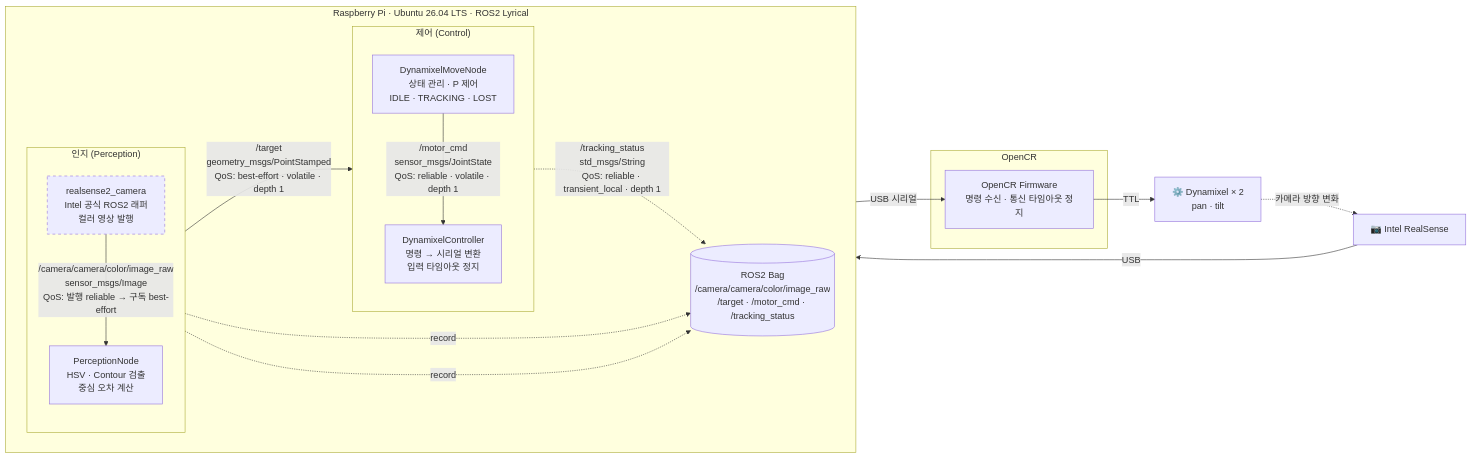
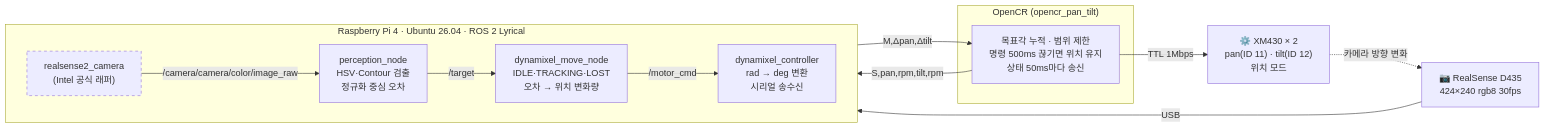
One commit to visualkhh/Lv2_noon_Assignment changed the first of 2 diagrams in lv2_module5/presentation.md. Above: the diagram before and after it, drawn with Mermaid. The commit also changed other lines of this file and 108 other files, not shown here.

````diff
--- a/lv2_module5/presentation.md
+++ b/lv2_module5/presentation.md
@@ -6,41 +11,29 @@
 ```mermaid
 flowchart LR
-    CAM["📷 Intel RealSense"]
+    CAM["📷 RealSense D435<br/>424×240 rgb8 30fps"]
 
-    subgraph RPI["Raspberry Pi · Ubuntu 26.04 LTS · ROS2 Lyrical"]
+    subgraph RPI["Raspberry Pi 4 · Ubuntu 26.04 · ROS 2 Lyrical"]
         direction LR
-        subgraph PER["인지 (Perception)"]
-            direction TB
-            RS["realsense2_camera<br/>Intel 공식 ROS2 래퍼<br/>컬러 영상 발행"]:::ext
-            PN["PerceptionNode<br/>HSV · Contour 검출<br/>중심 오차 계산"]
-            RS -- "/camera/camera/color/image_raw<br/>sensor_msgs/Image<br/>QoS: 발행 reliable → 구독 best-effort" --> PN
-        end
-
-        subgraph CTL["제어 (Control)"]
-            direction TB
-            MV["DynamixelMoveNode<br/>상태 관리 · P 제어<br/>IDLE · TRACKING · LOST"]
-            DC["DynamixelController<br/>명령 → 시리얼 변환<br/>입력 타임아웃 정지"]
-            MV -- "/motor_cmd<br/>sensor_msgs/JointState<br/>QoS: reliable · volatile · depth 1" --> DC
-        end
-
-        PN -- "/target<br/>geometry_msgs/PointStamped<br/>QoS: best-effort · volatile · depth 1" --> MV
-        BAG[("ROS2 Bag<br/>/camera/camera/color/image_raw<br/>/target · /motor_cmd · /tracking_status")]
+        RS["realsense2_camera<br/>(Intel 공식 래퍼)"]:::ext
+        PN["perception_node<br/>HSV·Contour 검출<br/>정규화 중심 오차"]
+        MV["dynamixel_move_node<br/>IDLE·TRACKING·LOST<br/>오차 → 위치 변화량"]
+        DC["dynamixel_controller<br/>rad → deg 변환<br/>시리얼 송수신"]
+        RS -- "/camera/camera/color/image_raw" --> PN
+        PN -- "/target" --> MV
+        MV -- "/motor_cmd" --> DC
     end
 
-    subgraph OCR["OpenCR"]
-        FW["OpenCR Firmware<br/>명령 수신 · 통신 타임아웃 정지"]
+    subgraph OCR["OpenCR (opencr_pan_tilt)"]
+        FW["목표각 누적 · 범위 제한<br/>명령 500ms 끊기면 위치 유지<br/>상태 50ms마다 송신"]
     end
 
-    MOT["⚙️ Dynamixel × 2<br/>pan · tilt"]
+    MOT["⚙️ XM430 × 2<br/>pan(ID 11) · tilt(ID 12)<br/>위치 모드"]
 
     CAM -- "USB" --> RS
-    DC -- "USB 시리얼" --> FW
-    FW -- "TTL" --> MOT
+    DC -- "M,Δpan,Δtilt" --> FW
+    FW -- "S,pan,rpm,tilt,rpm" --> DC
+    FW -- "TTL 1Mbps" --> MOT
     MOT -. "카메라 방향 변화" .-> CAM
-
-    RS -. "record" .-> BAG
-    PN -. "record" .-> BAG
-    MV -. "/tracking_status<br/>std_msgs/String<br/>QoS: reliable · transient_local · depth 1" .-> BAG
 
     classDef ext stroke-dasharray: 5 5
 ```
````
